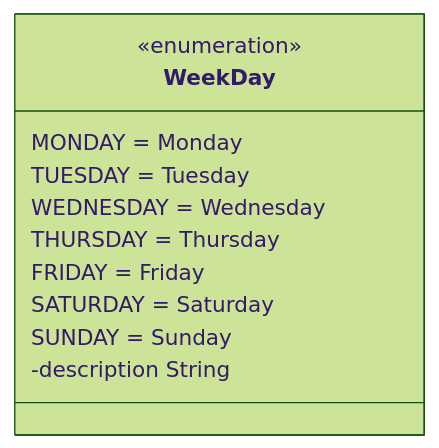
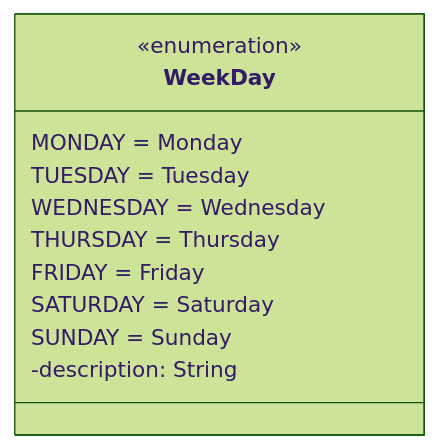
One commit to jappuccini/java-docs changed the second of 11 diagrams in docs/documentation/uml/class-diagrams.mdx. Above: the diagram before and after it, drawn with Mermaid (forest theme). The commit also changed other lines of this file and 76 other files, not shown here.

Commit message:
uml fixes (colons, properties), headline fixes (italic) and exam result updates

````diff
--- a/docs/documentation/uml/class-diagrams.mdx
+++ b/docs/documentation/uml/class-diagrams.mdx
@@ -66,14 +77,14 @@
 ```mermaid
 classDiagram
     class WeekDay {
         <<enumeration>>
         MONDAY = Monday
         TUESDAY = Tuesday
         WEDNESDAY = Wednesday
         THURSDAY = Thursday
         FRIDAY = Friday
         SATURDAY = Saturday
        SUNDAY = Sunday
-        -description String
+        -description: String
     }
 ```
````
